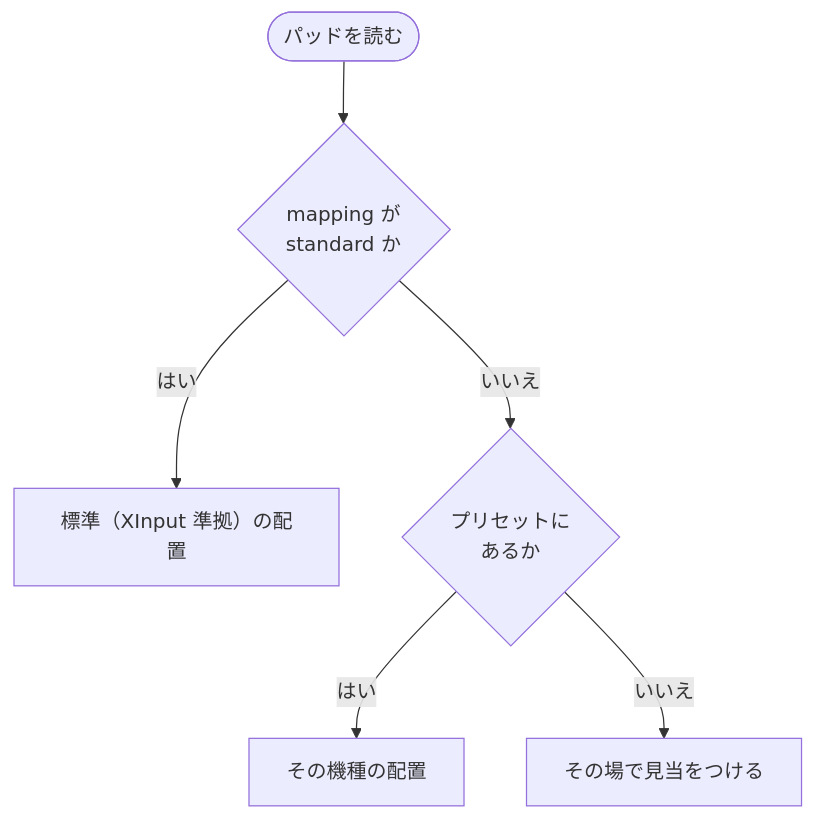
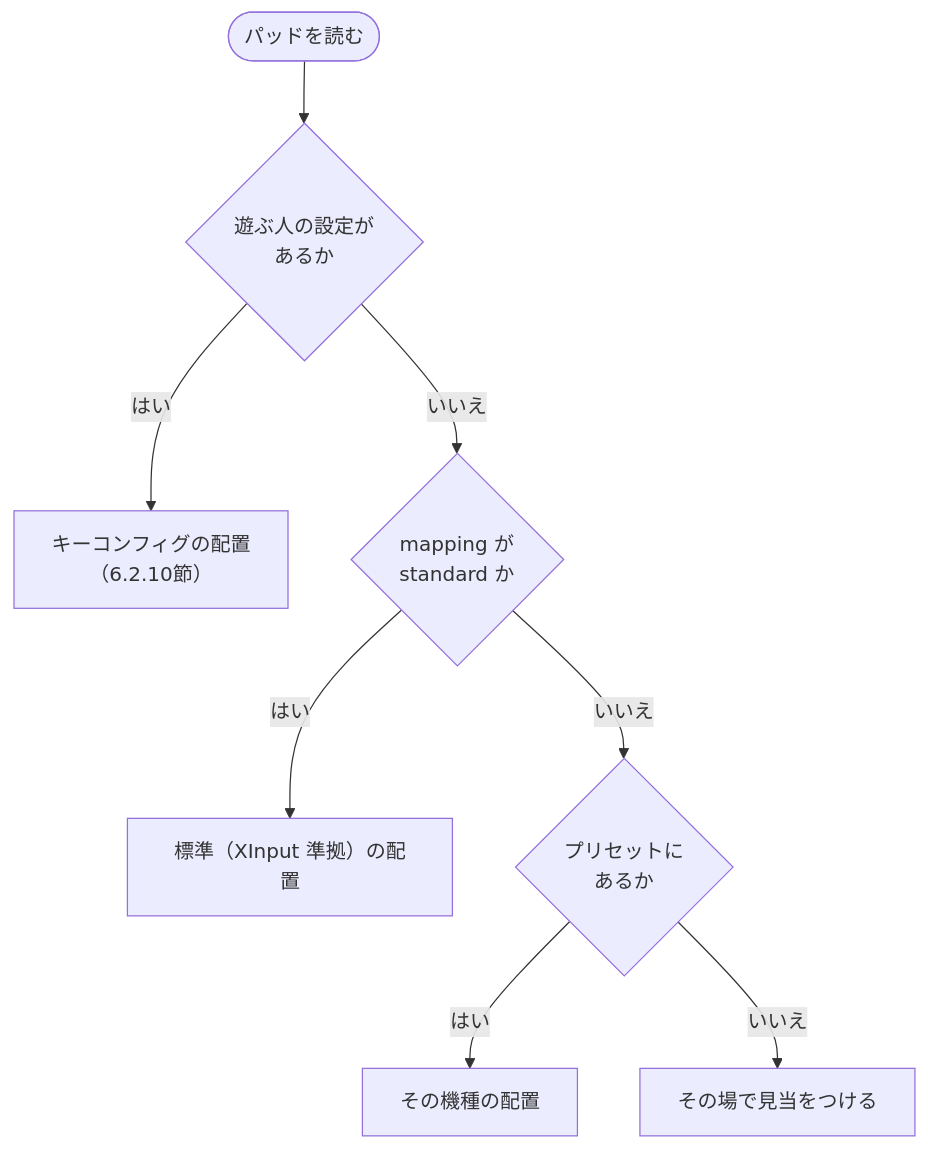
One commit to digitarhythm/arcadeer changed diagram 27 of 32 in docs/specification.md. Above: the diagram before and after it, drawn with Mermaid. The commit also changed other lines of this file and 39 other files, not shown here.

````diff
--- a/docs/specification.md
+++ b/docs/specification.md
@@ -1995,8 +1995,10 @@
 ```mermaid
 flowchart TB
-    A([パッドを読む]) --> B{"mapping が<br/>standard か"}
+    A([パッドを読む]) --> Z{"遊ぶ人の設定が<br/>あるか"}
+    Z -- はい --> Y["キーコンフィグの配置<br/>（6.2.10節）"]
+    Z -- いいえ --> B{"mapping が<br/>standard か"}
     B -- はい --> C["標準（XInput 準拠）の配置"]
     B -- いいえ --> D{"プリセットに<br/>あるか"}
     D -- はい --> E["その機種の配置"]
     D -- いいえ --> F["その場で見当をつける"]
 ```
````
